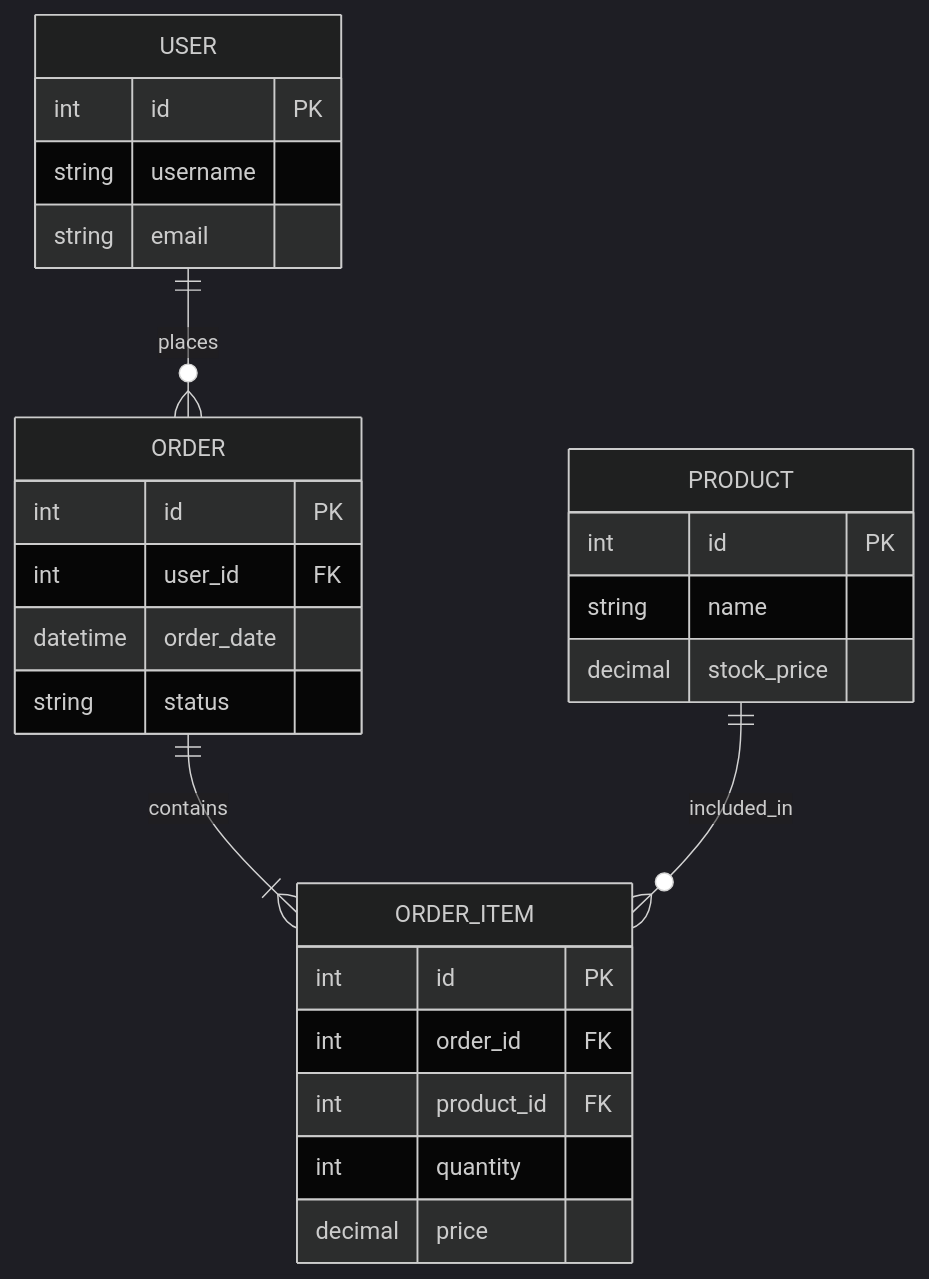
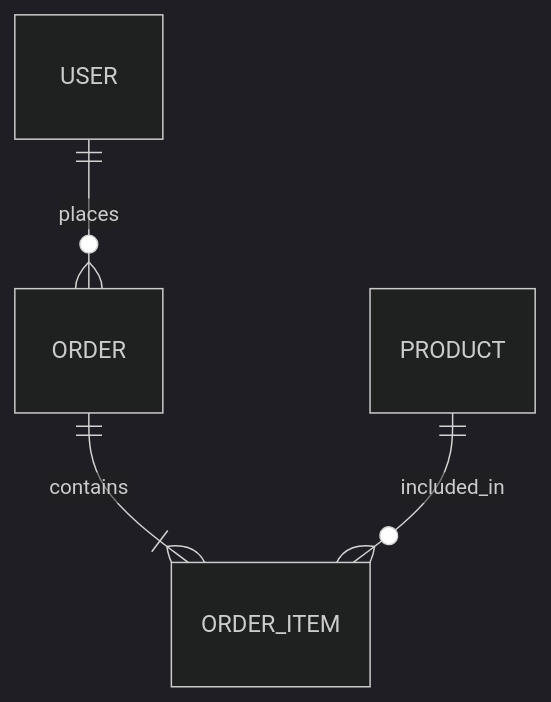
One commit to pickle-pori05/new-ec-platform changed the diagram in docs/sprints/sprint_01_setup.md. Above: the diagram before and after it, drawn with Mermaid (dark theme). The commit also changed other lines of this file and 65 other files, not shown here.

````diff
--- a/docs/sprints/sprint_01_setup.md
+++ b/docs/sprints/sprint_01_setup.md
@@ -91,33 +87,6 @@
 ```mermaid
 erDiagram
     USER ||--o{ ORDER : "places"
     ORDER ||--|{ ORDER_ITEM : "contains"
     PRODUCT ||--o{ ORDER_ITEM : "included_in"
-
-    USER {
-    int id PK
-    string username 
-    string email
-    }
-
-    ORDER {
-        int id PK 
-        int user_id FK
-        datetime order_date
-        string status
-    }
-
-    ORDER_ITEM {
-        int id PK
-        int order_id FK
-        int product_id FK
-        int quantity
-        decimal price
-    }
-
-    PRODUCT {
-        int id PK
-        string name
-        decimal stock_price
-    }
 ```
````
